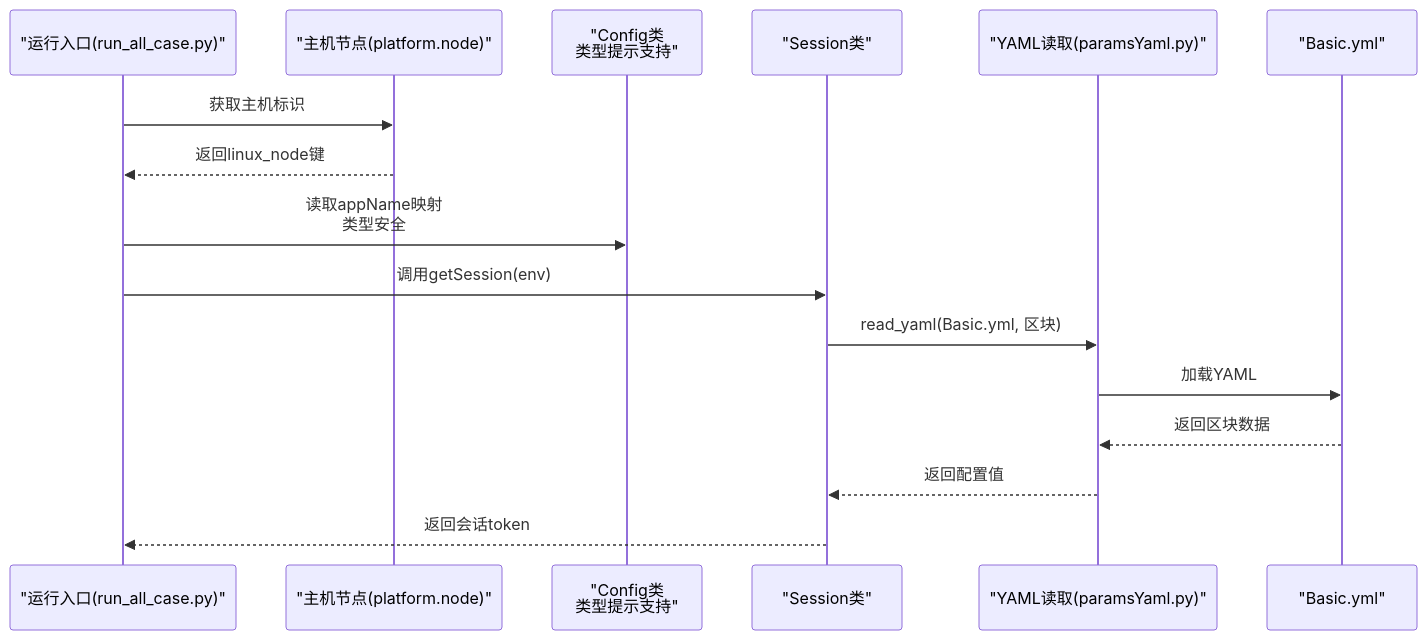
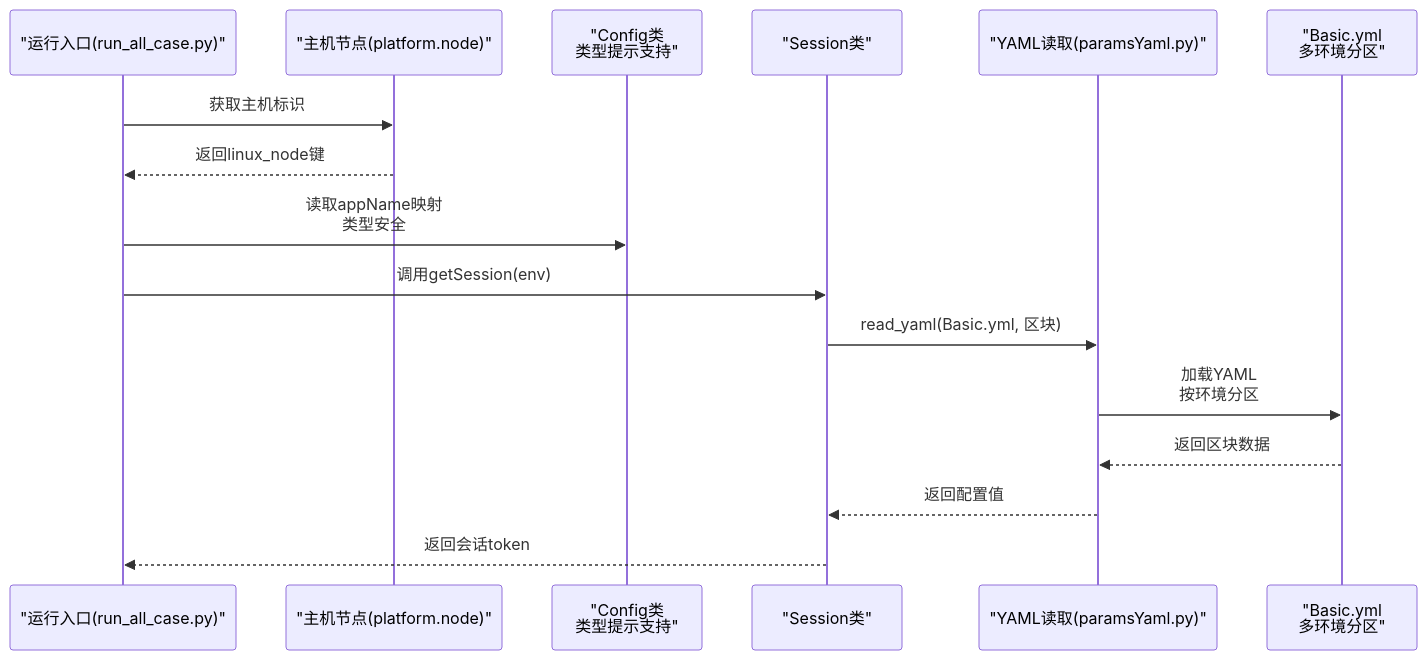
Before and after one commit to liximing1-ola/qa-payTest: the second of 7 diagrams in .qoder/repowiki/zh/content/核心模块/配置管理模块.md, drawn with Mermaid. The commit also changed other lines of this file and 13 other files, not shown here.

````diff
--- a/.qoder/repowiki/zh/content/核心模块/配置管理模块.md
+++ b/.qoder/repowiki/zh/content/核心模块/配置管理模块.md
@@ -95,18 +105,18 @@
 ```mermaid
 sequenceDiagram
 participant Runner as "运行入口(run_all_case.py)"
 participant Host as "主机节点(platform.node)"
 participant Config as "Config类<br/>类型提示支持"
 participant Session as "Session类"
 participant Yaml as "YAML读取(paramsYaml.py)"
-participant Basic as "Basic.yml"
+participant Basic as "Basic.yml<br/>多环境分区"
 Runner->>Host : 获取主机标识
 Host-->>Runner : 返回linux_node键
 Runner->>Config : 读取appName映射<br/>类型安全
 Runner->>Session : 调用getSession(env)
 Session->>Yaml : read_yaml(Basic.yml, 区块)
-Yaml->>Basic : 加载YAML
+Yaml->>Basic : 加载YAML<br/>按环境分区
 Basic-->>Yaml : 返回区块数据
 Yaml-->>Session : 返回配置值
 Session-->>Runner : 返回会话token
 ```
````
